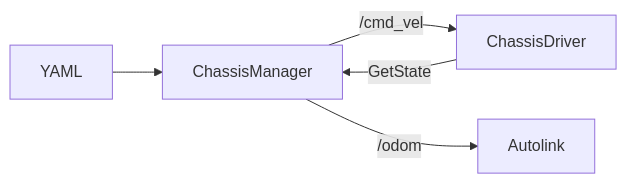
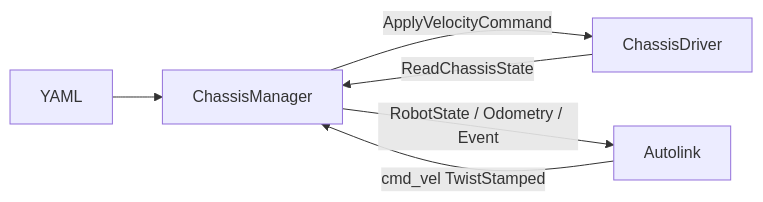
Before and after one commit to quandy2020/autonomy: the second of 2 diagrams in autodriver/docs/source/guide/architecture.md, drawn with Mermaid. The commit also changed other lines of this file and 131 other files, not shown here.

````diff
--- a/autodriver/docs/source/guide/architecture.md
+++ b/autodriver/docs/source/guide/architecture.md
@@ -30,7 +71,8 @@
 ```mermaid
 flowchart LR
   YAML --> CM[ChassisManager]
-  CM -->|/cmd_vel| DrvC[ChassisDriver]
-  DrvC -->|GetState| CM
-  CM -->|/odom| AL[Autolink]
+  AL[Autolink] -->|cmd_vel TwistStamped| CM
+  CM -->|ApplyVelocityCommand| DrvC[ChassisDriver]
+  DrvC -->|ReadChassisState| CM
+  CM -->|RobotState / Odometry / Event| AL
 ```
````
